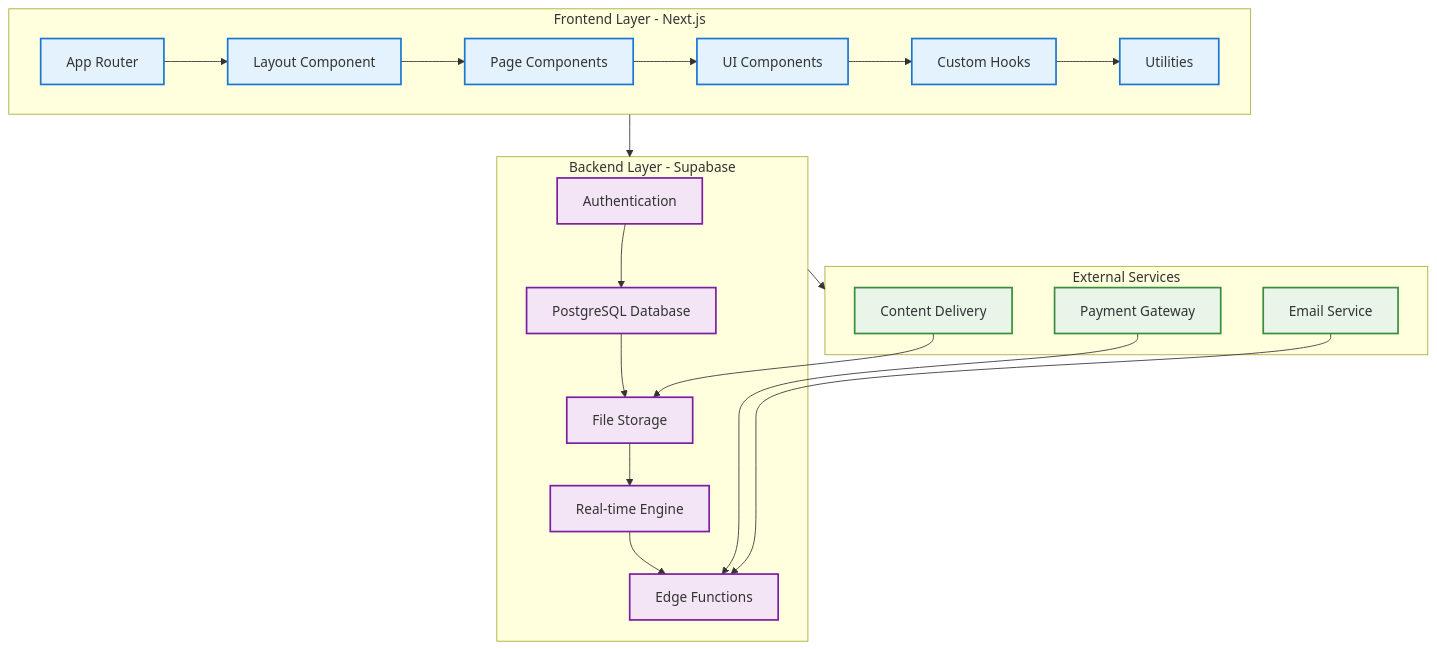
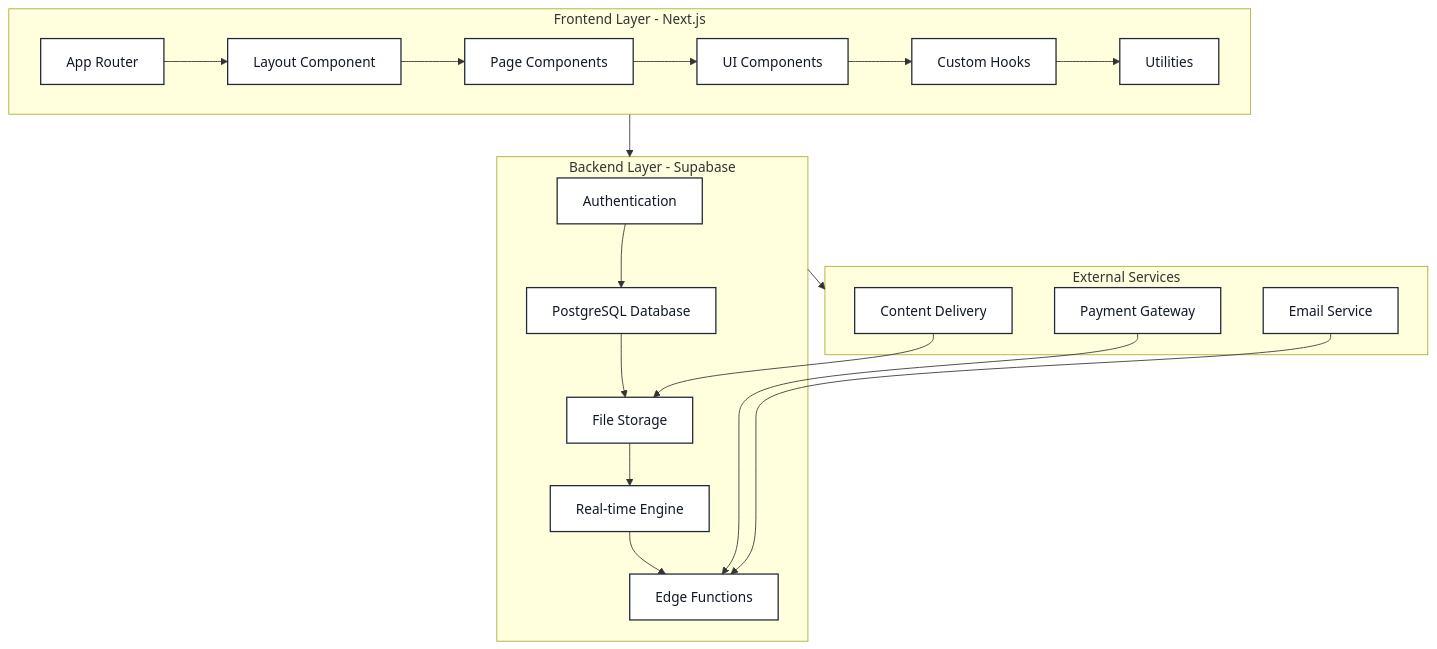
One commit to Om7035/student-market changed the fourth of 11 diagrams in ARCHITECTURE_DIAGRAMS.md. Above: the diagram before and after it, drawn with Mermaid. The commit also changed other lines of this file, not shown here.

````diff
--- a/ARCHITECTURE_DIAGRAMS.md
+++ b/ARCHITECTURE_DIAGRAMS.md
@@ -237,51 +240,52 @@
 ```mermaid
+%%{init: { 'theme': 'base', 'themeVariables': { 'background': '#ffffff', 'primaryColor': '#ffffff', 'secondaryColor': '#ffffff', 'tertiaryColor': '#ffffff', 'primaryTextColor': '#111827', 'textColor': '#111827', 'titleColor': '#111827', 'lineColor': '#1f2937', 'primaryBorderColor': '#1f2937', 'defaultLinkColor': '#1f2937', 'edgeLabelBackground': '#ffffff', 'arrowheadColor': '#1f2937', 'clusterBkg': '#ffffff', 'clusterBorder': '#1f2937', 'fontFamily': 'Inter, ui-sans-serif, system-ui, -apple-system, Segoe UI, Roboto, Helvetica, Arial, "Apple Color Emoji", "Segoe UI Emoji"', 'fontSize': '14px' }, 'flowchart': { 'nodeSpacing': 40, 'rankSpacing': 60, 'padding': 12 } }}%%
 graph TB
     subgraph Frontend [Frontend Layer - Next.js]
         App[App Router]
         Layout[Layout Component]
         Pages[Page Components]
         Components[UI Components]
         Hooks[Custom Hooks]
         Utils[Utilities]
         
         App --> Layout
         Layout --> Pages
         Pages --> Components
         Components --> Hooks
         Hooks --> Utils
     end
     
     subgraph Backend [Backend Layer - Supabase]
         Auth[Authentication]
         DB[PostgreSQL Database]
         Storage[File Storage]
         Realtime[Real-time Engine]
         Functions[Edge Functions]
         
         Auth --> DB
         DB --> Storage
         Storage --> Realtime
         Realtime --> Functions
     end
     
     subgraph External [External Services]
         Razorpay[Payment Gateway]
         Email[Email Service]
         CDN[Content Delivery]
         
         Razorpay --> Functions
         Email --> Functions
         CDN --> Storage
     end
     
     Frontend --> Backend
     Backend --> External
     
-    classDef frontendBox fill:#e3f2fd,stroke:#1976d2,stroke-width:2px
-    classDef backendBox fill:#f3e5f5,stroke:#7b1fa2,stroke-width:2px
-    classDef externalBox fill:#e8f5e8,stroke:#388e3c,stroke-width:2px
+    classDef frontendBox fill:#ffffff,stroke:#1f2937,stroke-width:1.5px,color:#111827
+    classDef backendBox fill:#ffffff,stroke:#1f2937,stroke-width:1.5px,color:#111827
+    classDef externalBox fill:#ffffff,stroke:#1f2937,stroke-width:1.5px,color:#111827
     
     class App,Layout,Pages,Components,Hooks,Utils frontendBox
     class Auth,DB,Storage,Realtime,Functions backendBox
     class Razorpay,Email,CDN externalBox
 ```
````
